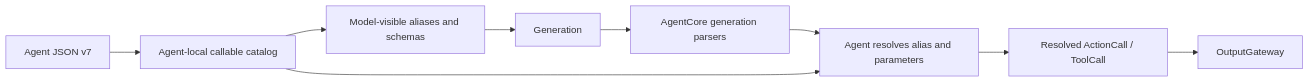
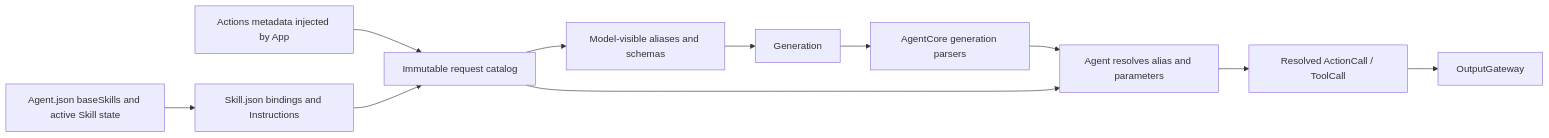
One commit to devilyouwei/MobileHarness changed the seventh of 32 diagrams in MobileHarness/README.md. Above: the diagram before and after it, drawn with Mermaid. The commit also changed other lines of this file and 160 other files, not shown here.

````diff
--- a/MobileHarness/README.md
+++ b/MobileHarness/README.md
@@ -729,11 +572,13 @@
 ```mermaid
 flowchart LR
-    JSON[Agent JSON v7] --> Catalog[Agent-local callable catalog]
+    JSON[Agent.json baseSkills and active Skill state] --> Skills[Skill.json bindings and Instructions]
+    Metadata[Actions metadata injected by App] --> Catalog[Immutable request catalog]
+    Skills --> Catalog
     Catalog --> Prompt[Model-visible aliases and schemas]
     Prompt --> Model[Generation]
     Model --> Parser[AgentCore generation parsers]
     Parser --> Resolve[Agent resolves alias and parameters]
     Catalog --> Resolve
     Resolve --> Calls[Resolved ActionCall / ToolCall]
     Calls --> Gateway[OutputGateway]
 ```
````
